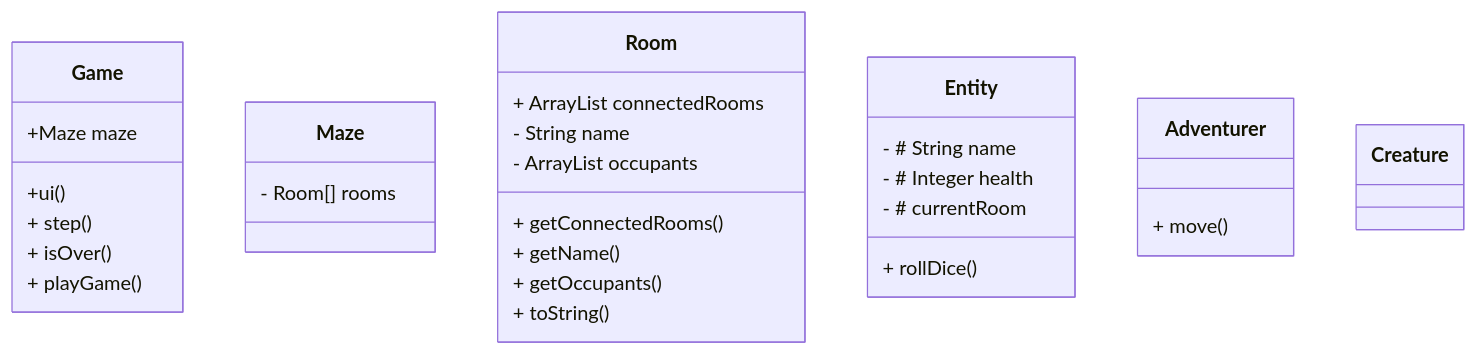
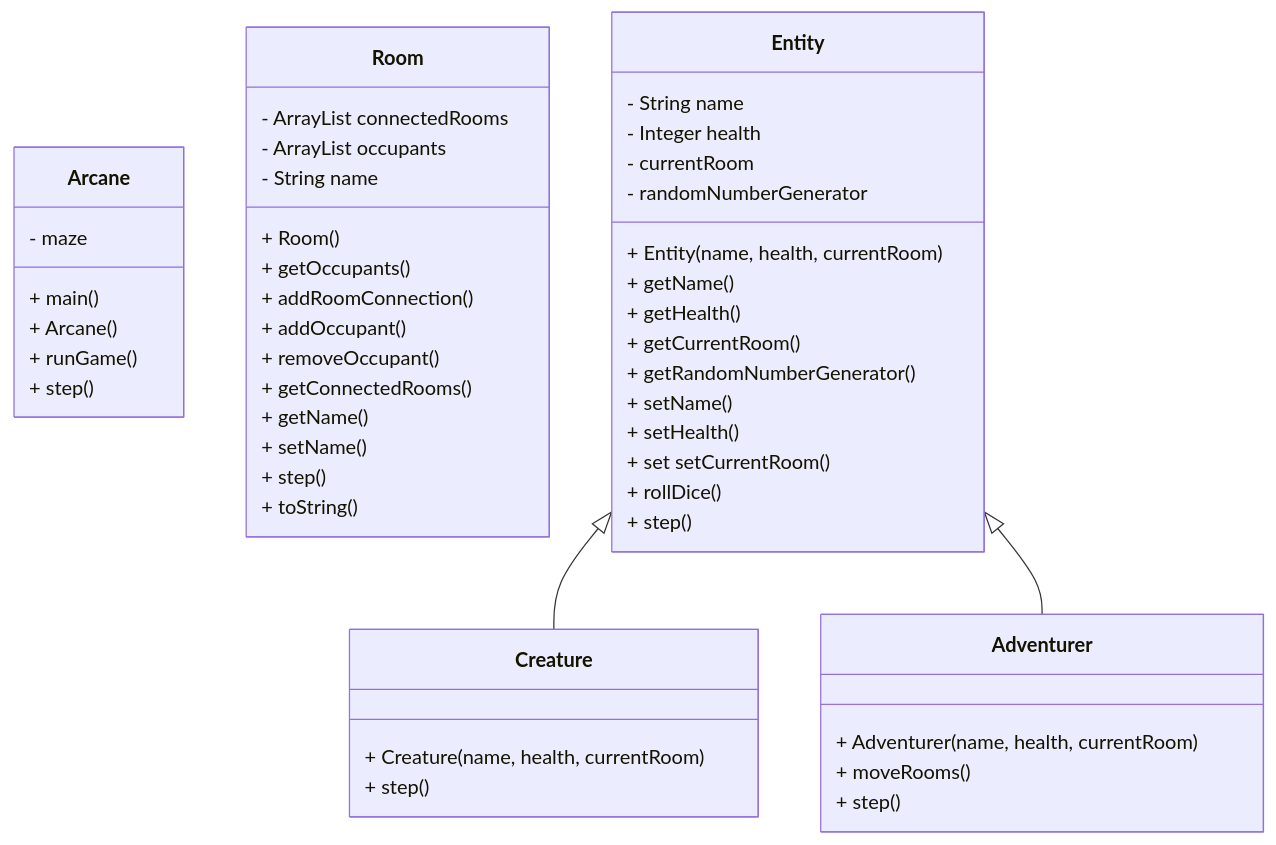
Before and after one commit to jonathancsci/csci4448-arcane-game: the diagram in README.md, drawn with Mermaid.

Commit message:
Update class diagram

````diff
--- a/README.md
+++ b/README.md
@@ -11,34 +11,52 @@
 ```mermaid
 classDiagram
-    class Game {
-        +ui()
-        +Maze maze
+    class Arcane {
+        - maze
+        + main()
+        + Arcane()
+        + runGame()
         + step()
-        + isOver()
-        + playGame()
-    }
-    class Maze {
-        - Room[] rooms
     }
     class Room {
-        + ArrayList<Room> connectedRooms
+        - ArrayList<Room> connectedRooms
+        - ArrayList<Entity> occupants
+        - String name
+        + Room()
+        + getOccupants()
+        + addRoomConnection()
+        + addOccupant()
+        + removeOccupant()
         + getConnectedRooms()
         + getName()
-        + getOccupants()
+        + setName()
+        + step()
         + toString()
-        - String name
-        - ArrayList<Entity> occupants
     }
     class Entity {
+        - String name
+        - Integer health
+        - currentRoom
+        - randomNumberGenerator
+        + Entity(name, health, currentRoom)
+        + getName()
+        + getHealth()
+        + getCurrentRoom()
+        + getRandomNumberGenerator()
+        + setName()
+        + setHealth()
+        + set setCurrentRoom()
         + rollDice()
-        - # String name
-        - # Integer health
-        - # currentRoom
+        + step()
     }
     class Adventurer {
-        + move()
+        + Adventurer(name, health, currentRoom)
+        + moveRooms()
+        + step()
     }
     class Creature {
-    
+        + Creature(name, health, currentRoom)
+        + step()
     }
+    Entity <|-- Creature
+    Entity <|-- Adventurer
 ```
````
